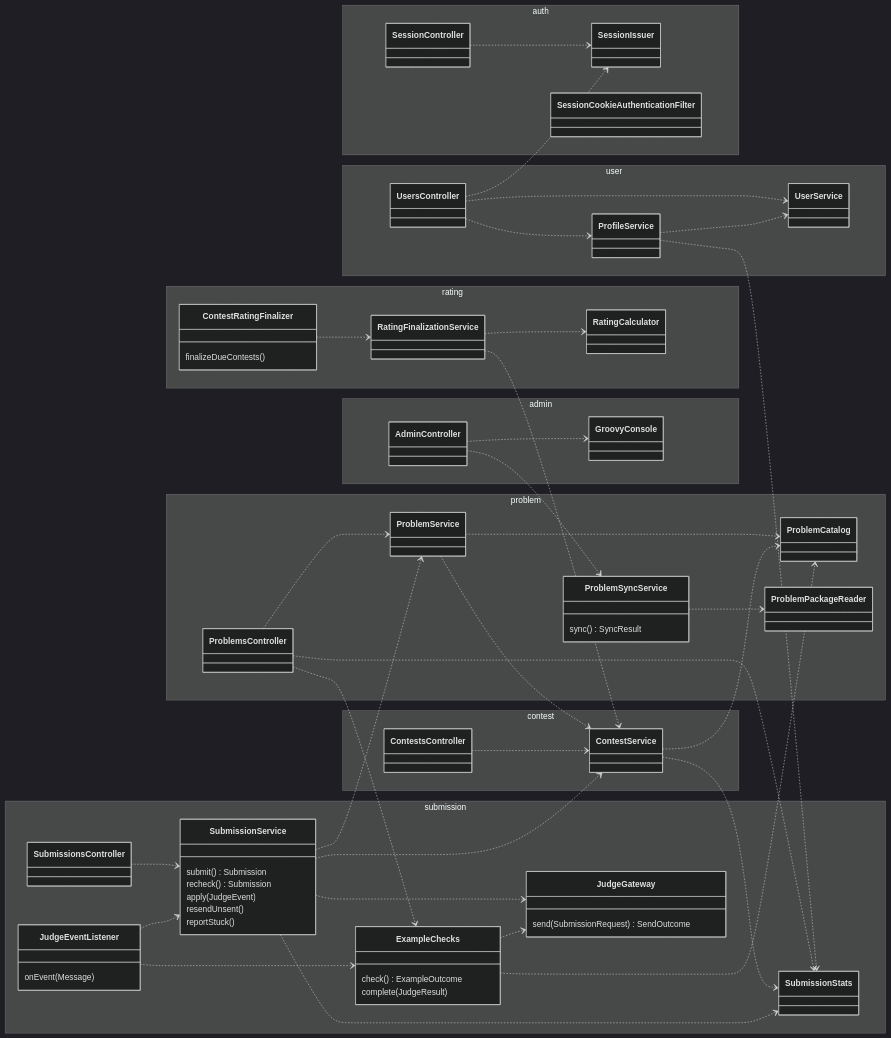
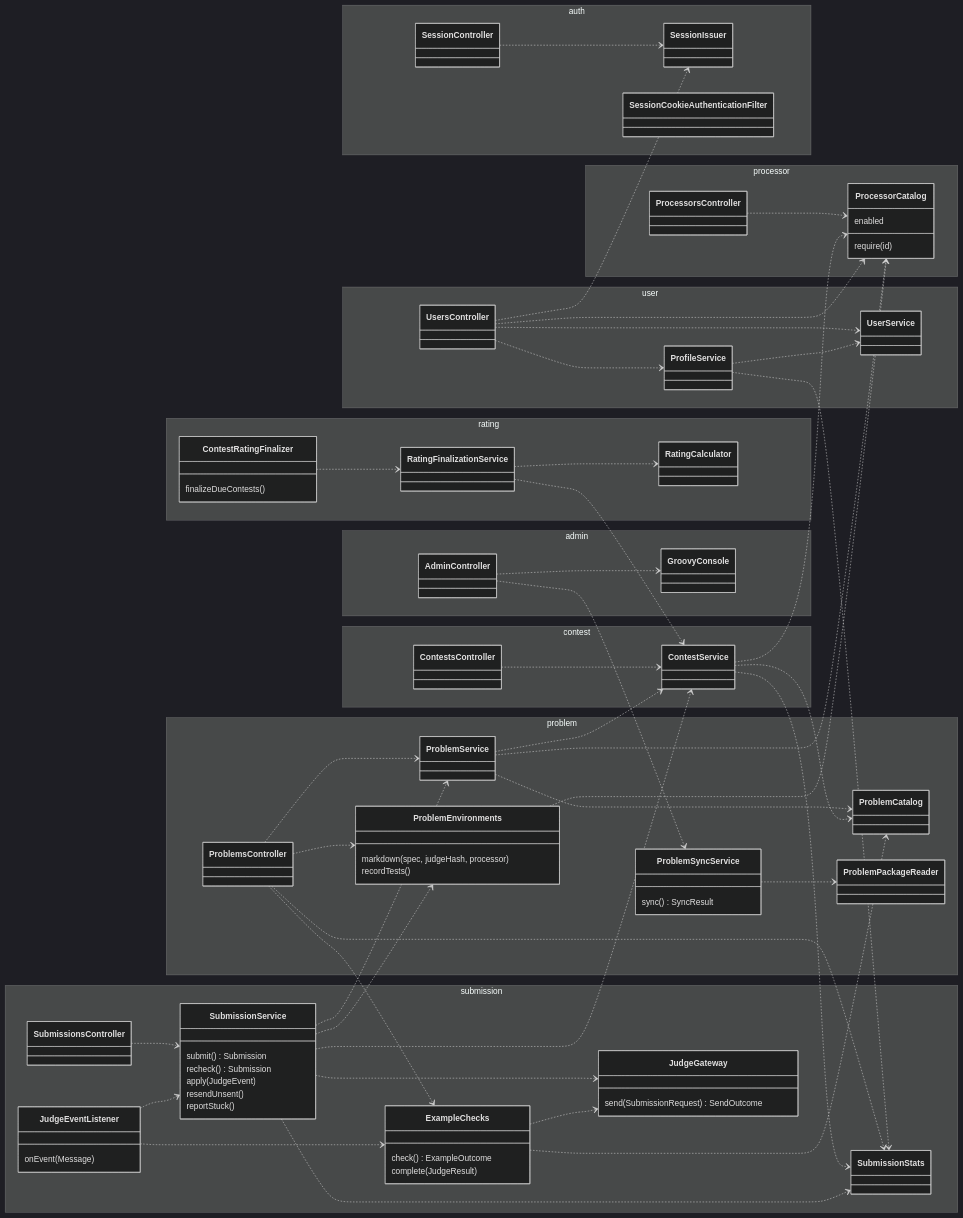
Before and after one commit to lottery7/GpuCodeforces: the fifth of 6 diagrams in docs/architecture.md, drawn with Mermaid (dark theme). The commit also changed other lines of this file and 219 other files, not shown here.

```diff
--- a/docs/architecture.md
+++ b/docs/architecture.md
@@ -207,6 +228,17 @@
       sync() SyncResult
     }
     class ProblemPackageReader
+    class ProblemEnvironments {
+      markdown(spec, judgeHash, processor)
+      recordTests()
+    }
+  }
+  namespace processor {
+    class ProcessorsController
+    class ProcessorCatalog {
+      enabled
+      require(id)
+    }
   }
   namespace contest {
     class ContestsController
@@ -253,8 +285,15 @@
   ProblemsController ..> ProblemService
   ProblemsController ..> SubmissionStats
   ProblemsController ..> ExampleChecks
+  ProblemsController ..> ProblemEnvironments
   ProblemService ..> ProblemCatalog
   ProblemService ..> ContestService
+  ProblemService ..> ProcessorCatalog
+  ProcessorsController ..> ProcessorCatalog
+  ProblemEnvironments ..> ProcessorCatalog
+  ContestService ..> ProcessorCatalog
+  SubmissionService ..> ProblemEnvironments
+  UsersController ..> ProcessorCatalog
   ProblemSyncService ..> ProblemPackageReader
   ContestsController ..> ContestService
   ContestService ..> ProblemCatalog
```
